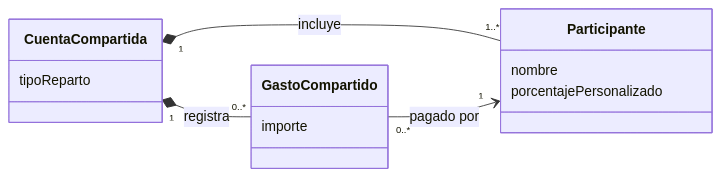
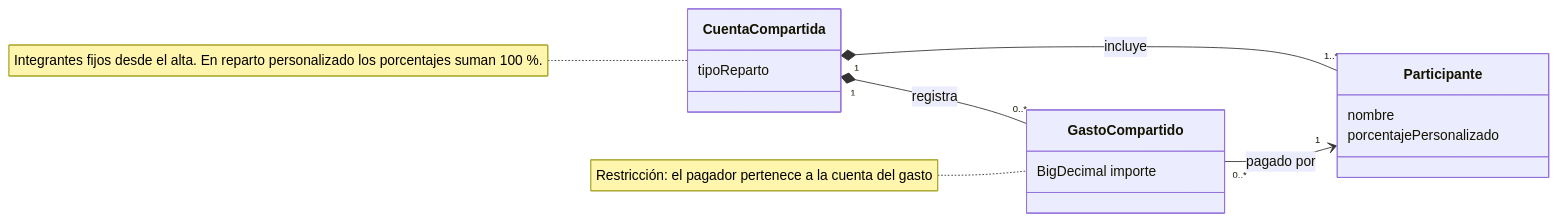
The third of 3 diagrams in docs/diagramas-gestion-gastos.md (mariogabarron/TDS-Mario-Carmen), drawn with Mermaid before and after one commit. The commit also changed other lines of this file and 3 other files, not shown here.

````diff
--- a/docs/diagramas-gestion-gastos.md
+++ b/docs/diagramas-gestion-gastos.md
@@ -55,17 +55,19 @@
 ```mermaid
 classDiagram
 direction LR
 class CuentaCompartida {
     tipoReparto
 }
 class Participante {
     nombre
     porcentajePersonalizado
 }
 class GastoCompartido {
-    importe
+    BigDecimal importe
 }
 CuentaCompartida "1" *-- "1..*" Participante : incluye
 CuentaCompartida "1" *-- "0..*" GastoCompartido : registra
 GastoCompartido "0..*" --> "1" Participante : pagado por
+note for GastoCompartido "Restricción: el pagador pertenece a la cuenta del gasto"
+note for CuentaCompartida "Integrantes fijos desde el alta. En reparto personalizado los porcentajes suman 100 %."
 ```
````
